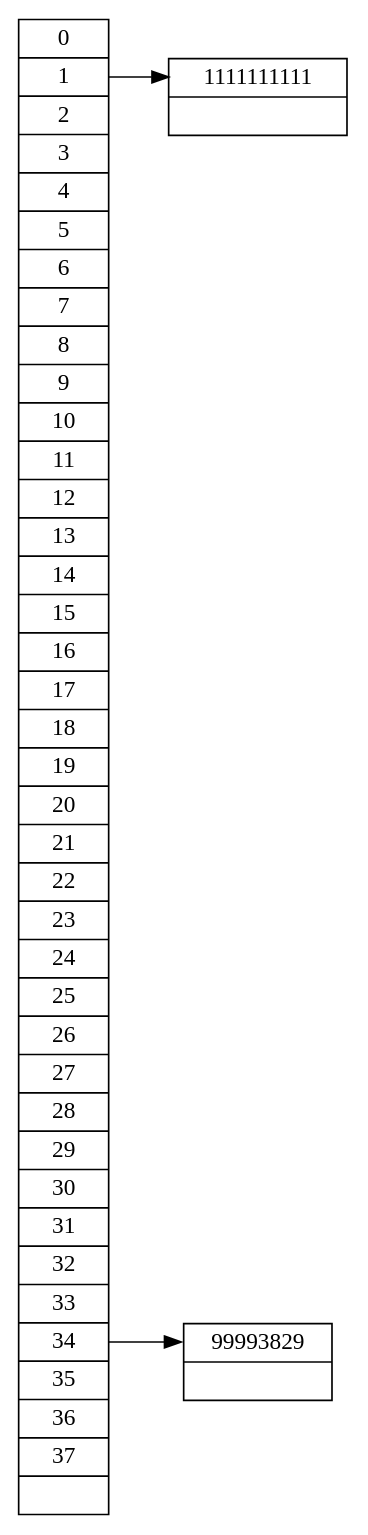
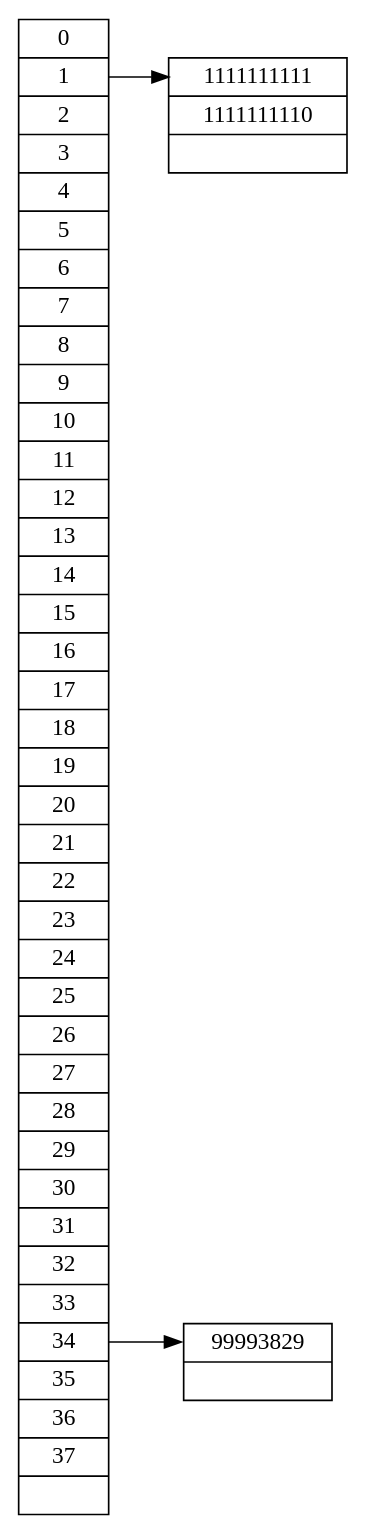
The diagram in [EDD]Proyecto_2/ClienteHash.dot (SevenPok/Proyecto_2_EDD), drawn with Graphviz before and after one commit. The commit also changed 7 other files, not shown here.

```diff
--- a/[EDD]Proyecto_2/ClienteHash.dot
+++ b/[EDD]Proyecto_2/ClienteHash.dot
@@ -1,12 +1,12 @@
 digraph G {
 
 rankdir = LR; 
  node [shape=record];
 hashTable[label="<f0>0|<f1>1|<f2>2|<f3>3|<f4>4|<f5>5|<f6>6|<f7>7|<f8>8|<f9>9|<f10>10|<f11>11|<f12>12|<f13>13|<f14>14|<f15>15|<f16>16|<f17>17|<f18>18|<f19>19|<f20>20|<f21>21|<f22>22|<f23>23|<f24>24|<f25>25|<f26>26|<f27>27|<f28>28|<f29>29|<f30>30|<f31>31|<f32>32|<f33>33|<f34>34|<f35>35|<f36>36|<f37>37|"];
-node1 [label="<f0> 1111111111|"];
+node1 [label="<f0> 1111111111|<f1> 1111111110|"];
 node34 [label="<f0> 99993829|"];
 hashTable:f1 -> node1:f0;
 hashTable:f34 -> node34:f0;
 
 
 }
```
